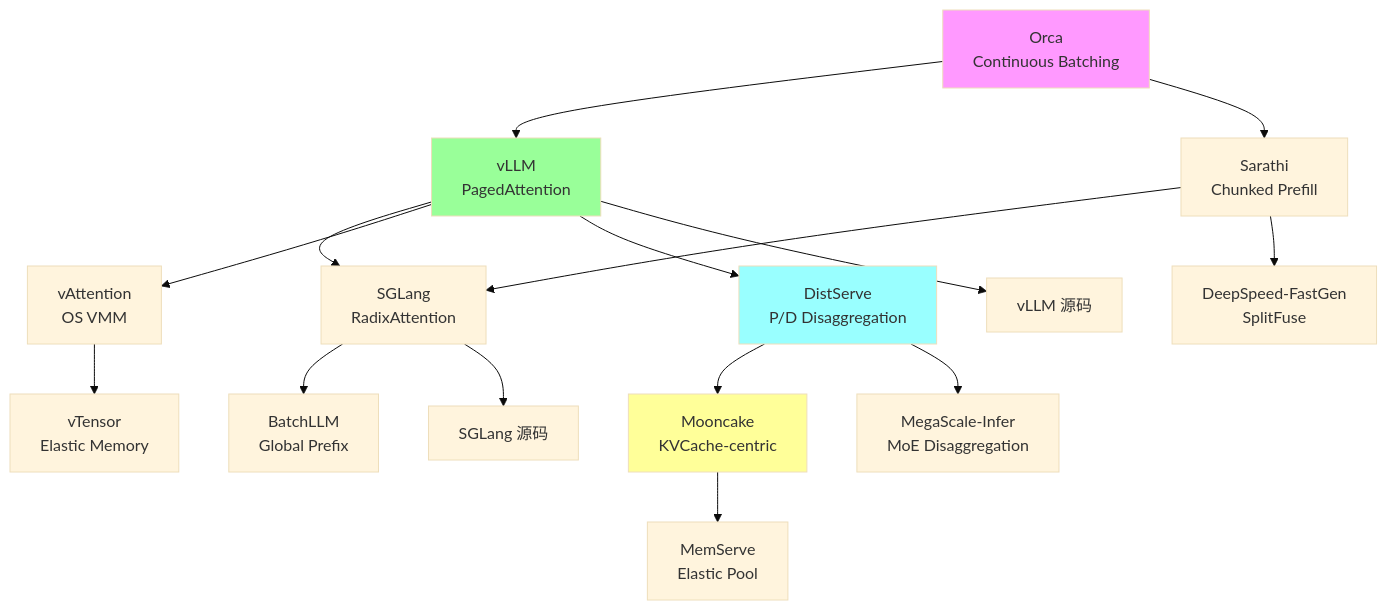
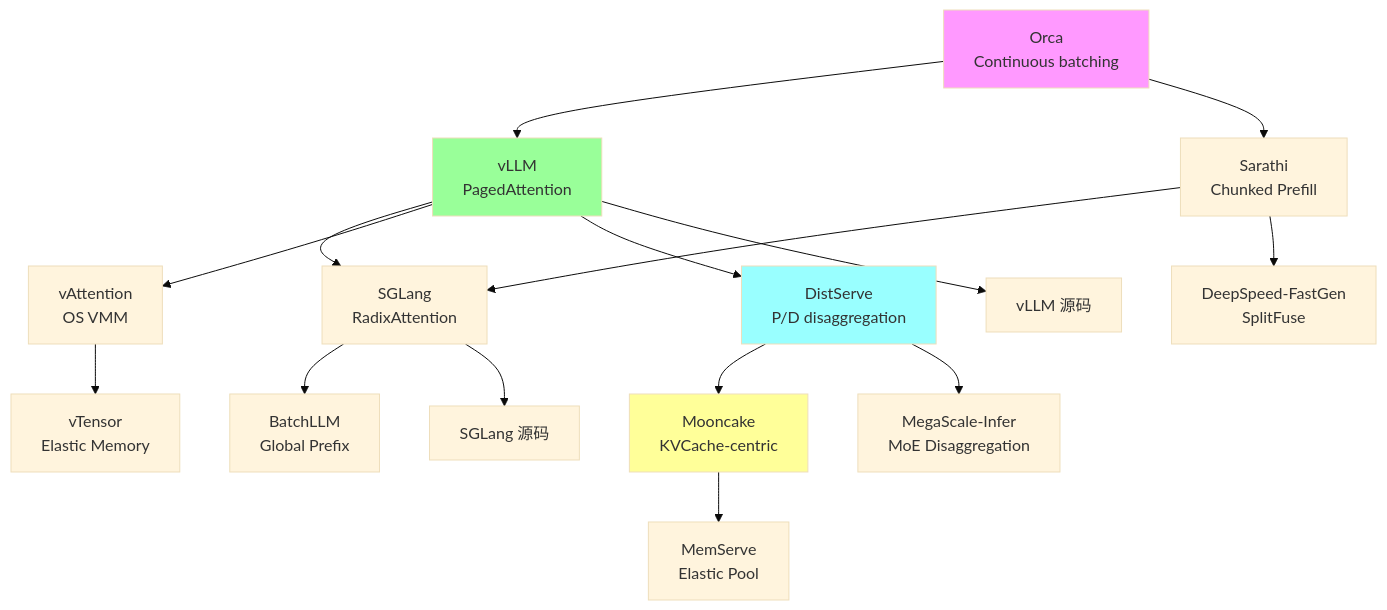
Before and after one commit to yuancaoyaoHW/Awesome-LLM-Inference: the second of 2 diagrams in reports/16_reading_plan.md, drawn with Mermaid (base theme). The commit also changed other lines of this file and 21 other files, not shown here.

````diff
--- a/reports/16_reading_plan.md
+++ b/reports/16_reading_plan.md
@@ -283,23 +283,23 @@
 ```mermaid
 graph TD
-    F1[Orca<br>Continuous Batching] --> F2[vLLM<br>PagedAttention]
+    F1[Orca<br>Continuous batching] --> F2[vLLM<br>PagedAttention]
     F1 --> F3[Sarathi<br>Chunked Prefill]
     F2 --> F4[SGLang<br>RadixAttention]
     F3 --> F4
     F3 --> F5[DeepSpeed-FastGen<br>SplitFuse]
     F2 --> F6[vAttention<br>OS VMM]
-    F2 --> F7[DistServe<br>P/D Disaggregation]
+    F2 --> F7[DistServe<br>P/D disaggregation]
     F4 --> F8[BatchLLM<br>Global Prefix]
     F7 --> F9[Mooncake<br>KVCache-centric]
     F7 --> F10[MegaScale-Infer<br>MoE Disaggregation]
     F6 --> F11[vTensor<br>Elastic Memory]
     F9 --> F12[MemServe<br>Elastic Pool]
     
     F2 --> F13[vLLM 源码]
     F4 --> F14[SGLang 源码]
     
     style F1 fill:#f9f
     style F2 fill:#9f9
     style F7 fill:#9ff
     style F9 fill:#ff9
 ```
````
